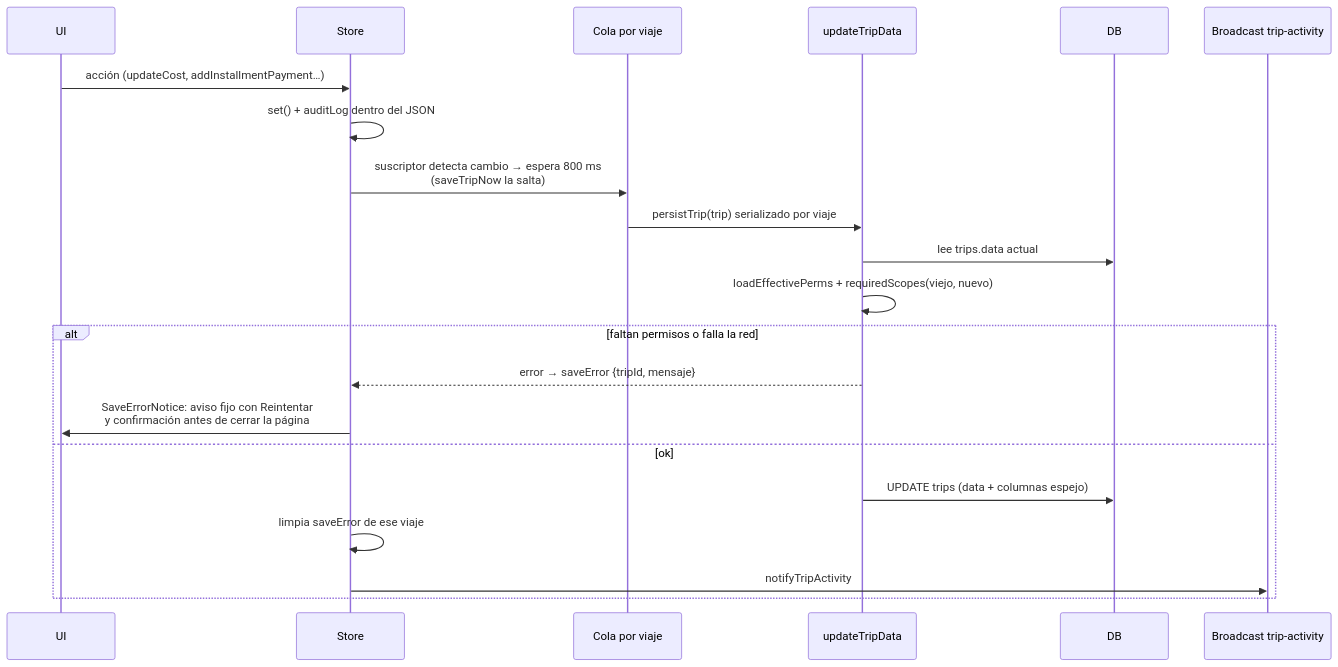
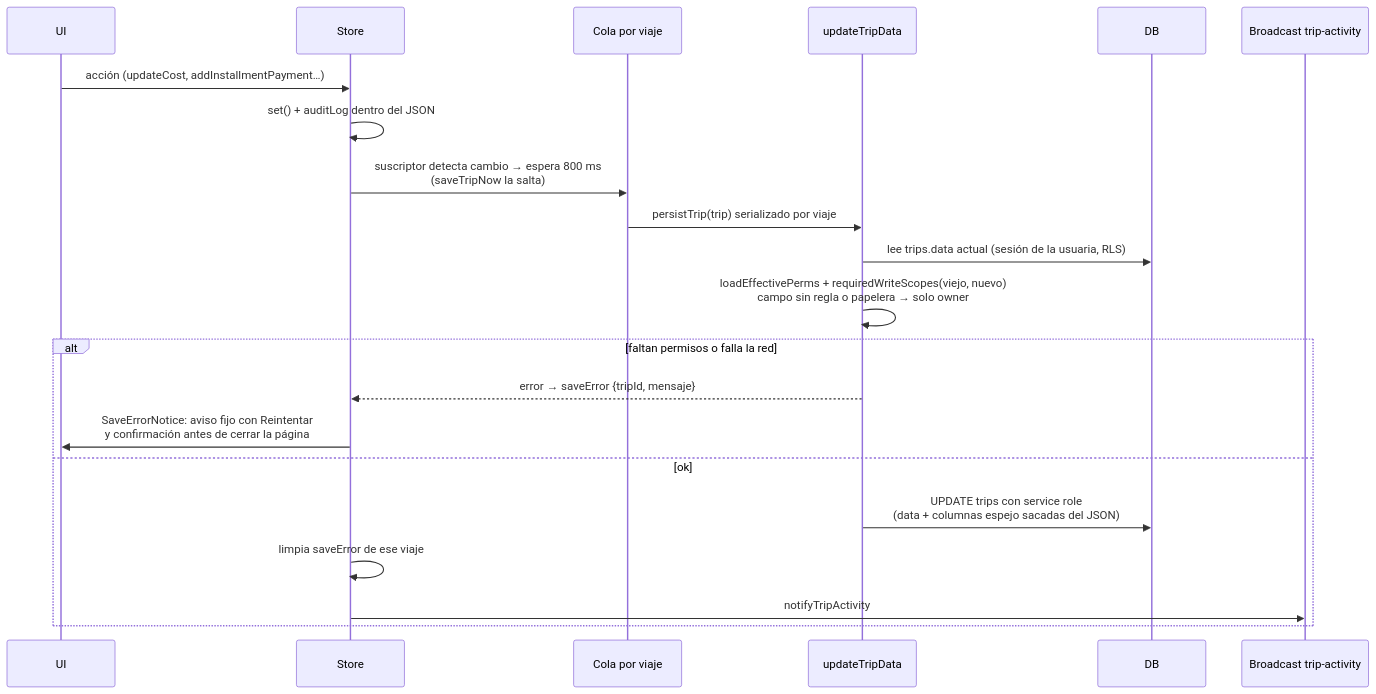
Before and after one commit to gaby26203/planeii: the fifth of 20 diagrams in docs/flujos.md, drawn with Mermaid. The commit also changed other lines of this file and 9 other files, not shown here.

First line of the commit message:
Guardar los viajes solo desde el servidor y cubrir todos los campos con permisos

````diff
--- a/docs/flujos.md
+++ b/docs/flujos.md
@@ -155,23 +156,23 @@
 ```mermaid
 sequenceDiagram
   participant UI
   participant S as Store
   participant Q as Cola por viaje
   participant SF as updateTripData
   participant DB
   participant RT as Broadcast trip-activity
   UI->>S: acción (updateCost, addInstallmentPayment…)
   S->>S: set() + auditLog dentro del JSON
   S->>Q: suscriptor detecta cambio → espera 800 ms<br/>(saveTripNow la salta)
   Q->>SF: persistTrip(trip) serializado por viaje
-  SF->>DB: lee trips.data actual
-  SF->>SF: loadEffectivePerms + requiredScopes(viejo, nuevo)
+  SF->>DB: lee trips.data actual (sesión de la usuaria, RLS)
+  SF->>SF: loadEffectivePerms + requiredWriteScopes(viejo, nuevo)<br/>campo sin regla o papelera → solo owner
   alt faltan permisos o falla la red
     SF-->>S: error → saveError {tripId, mensaje}
     S->>UI: SaveErrorNotice: aviso fijo con Reintentar<br/>y confirmación antes de cerrar la página
   else ok
-    SF->>DB: UPDATE trips (data + columnas espejo)
+    SF->>DB: UPDATE trips con service role<br/>(data + columnas espejo sacadas del JSON)
     S->>S: limpia saveError de ese viaje
     S->>RT: notifyTripActivity
   end
 ```
````
